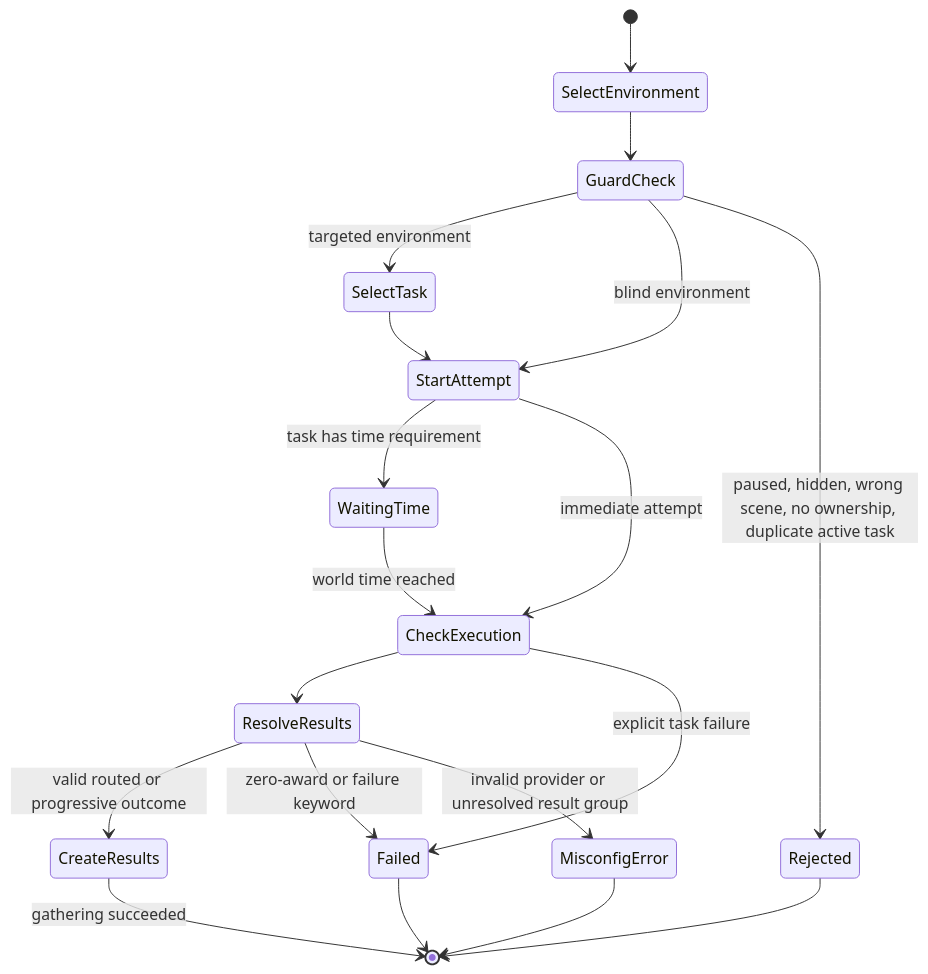
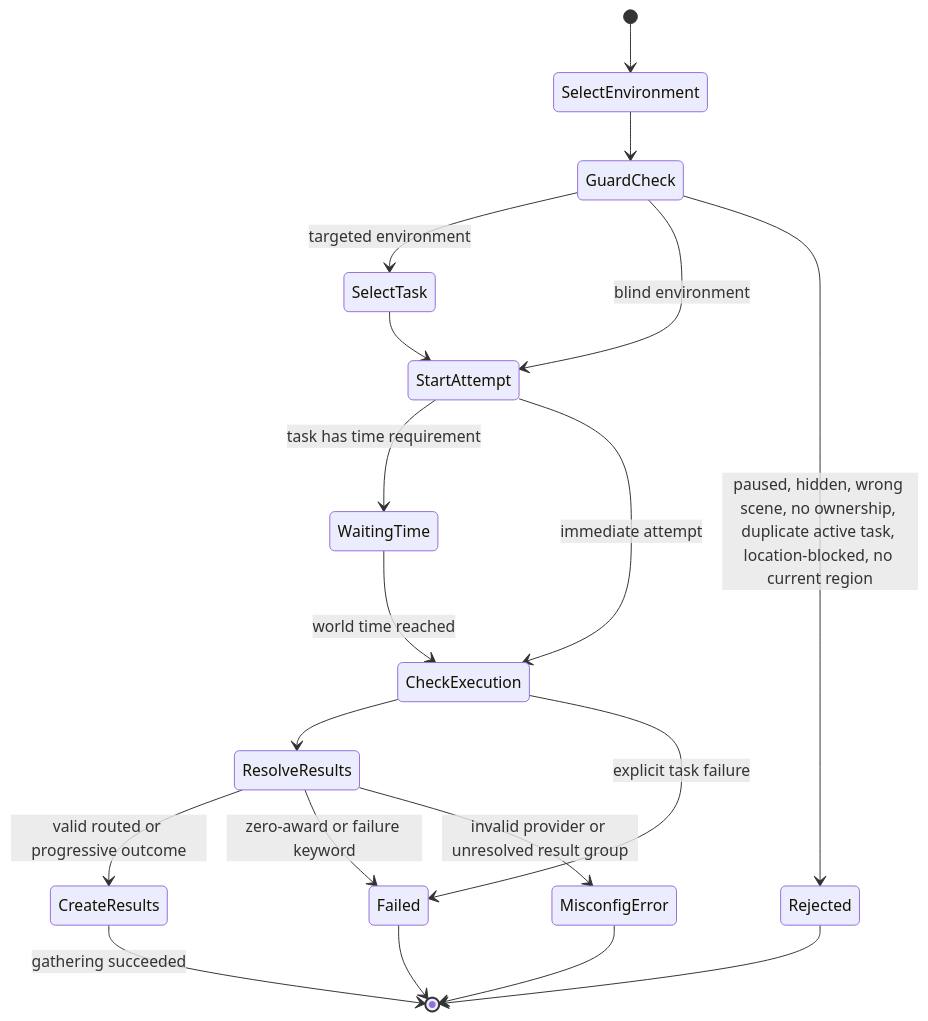
The fourth of 5 diagrams in DOMAIN.md (mistersilver-uk/fabricate), drawn with Mermaid before and after one commit. The commit also changed other lines of this file and 109 other files, not shown here.

Commit message:
feat(#257): location-aware gathering regions phase 1 + unified region model (#285)

````diff
--- a/DOMAIN.md
+++ b/DOMAIN.md
@@ -310,21 +347,21 @@
 ```mermaid
 stateDiagram-v2
     [*] --> SelectEnvironment
     SelectEnvironment --> GuardCheck
     GuardCheck --> SelectTask: targeted environment
     GuardCheck --> StartAttempt: blind environment
-    GuardCheck --> Rejected: paused, hidden, wrong scene, no ownership, duplicate active task
+    GuardCheck --> Rejected: paused, hidden, wrong scene, no ownership, duplicate active task, location-blocked, no current region
     SelectTask --> StartAttempt
     StartAttempt --> WaitingTime: task has time requirement
     StartAttempt --> CheckExecution: immediate attempt
     WaitingTime --> CheckExecution: world time reached
     CheckExecution --> ResolveResults
     CheckExecution --> Failed: explicit task failure
     ResolveResults --> CreateResults: valid routed or progressive outcome
     ResolveResults --> Failed: zero-award or failure keyword
     ResolveResults --> MisconfigError: invalid provider or unresolved result group
     CreateResults --> [*]: gathering succeeded
     Failed --> [*]
     Rejected --> [*]
     MisconfigError --> [*]
 ```
````
